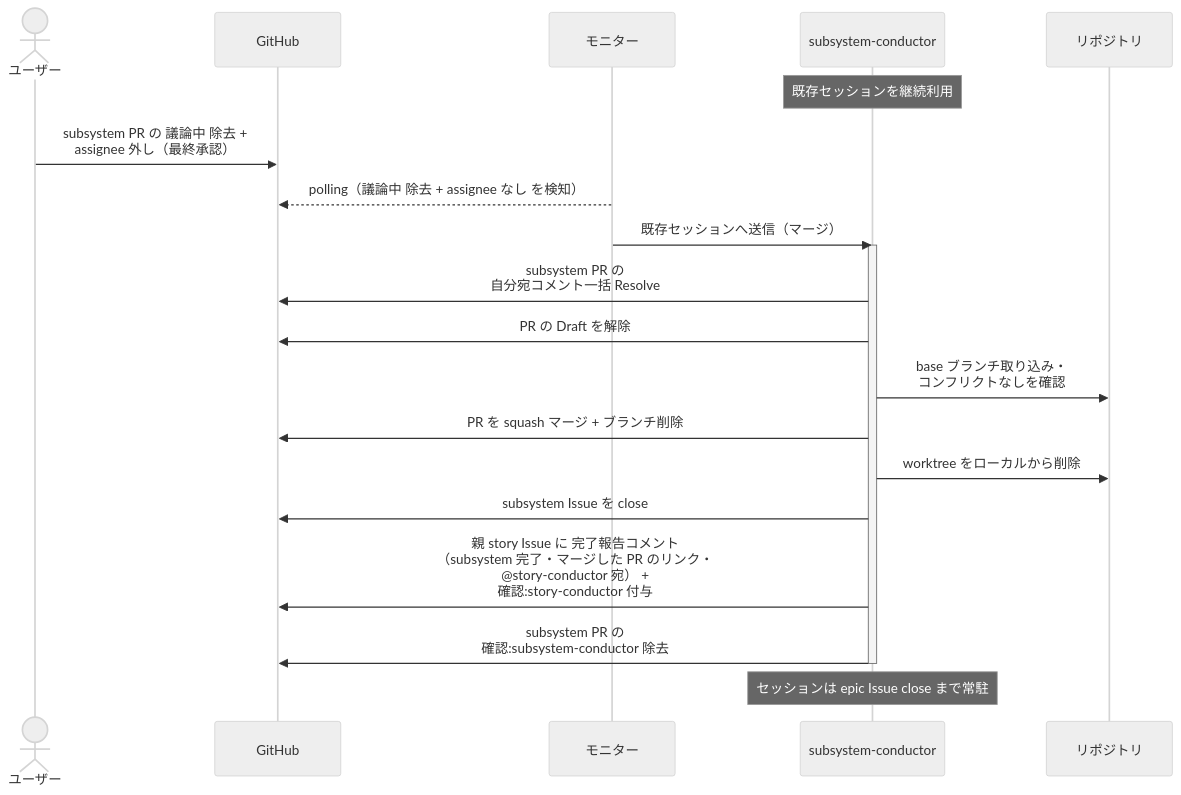
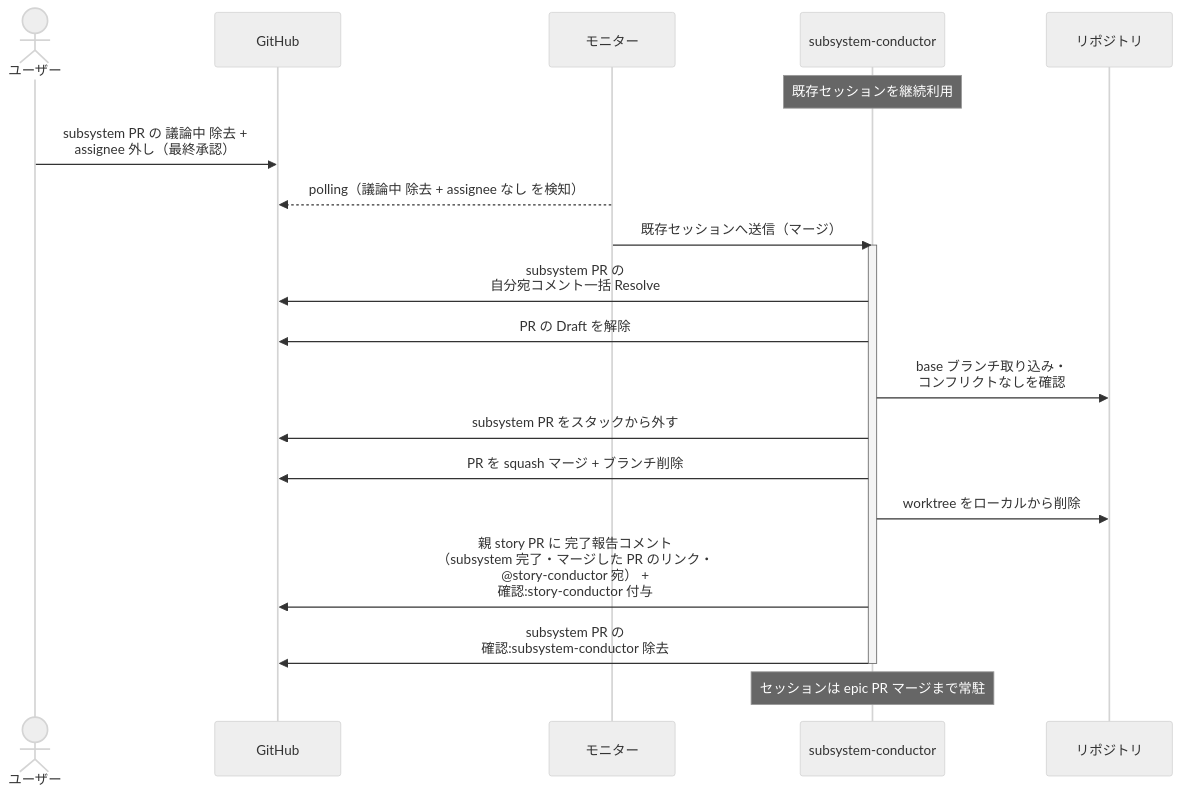
One commit to shuhei1101/ai-monitor changed the second of 7 diagrams in docs/wiki/設計図/シナリオ/単一ユースケース/マージ.md. Above: the diagram before and after it, drawn with Mermaid (neutral theme). The commit also changed other lines of this file and 256 other files, not shown here.

````diff
--- a/docs/wiki/設計図/シナリオ/単一ユースケース/マージ.md
+++ b/docs/wiki/設計図/シナリオ/単一ユースケース/マージ.md
@@ -26,24 +72,24 @@
 ```mermaid
 sequenceDiagram
   actor U as ユーザー
   participant GH as GitHub
   participant ORC as モニター
   participant MON as subsystem-conductor
   participant REPO as リポジトリ
 
   Note over MON: 既存セッションを継続利用
   U->>GH: subsystem PR の 議論中 除去 +<br>assignee 外し（最終承認）
   ORC-->>GH: polling（議論中 除去 + assignee なし を検知）
   ORC->>MON: 既存セッションへ送信（マージ）
   activate MON
   MON->>GH: subsystem PR の<br>自分宛コメント一括 Resolve
   MON->>GH: PR の Draft を解除
   MON->>REPO: base ブランチ取り込み・<br>コンフリクトなしを確認
+  MON->>GH: subsystem PR をスタックから外す
   MON->>GH: PR を squash マージ + ブランチ削除
   MON->>REPO: worktree をローカルから削除
-  MON->>GH: subsystem Issue を close
-  MON->>GH: 親 story Issue に 完了報告コメント<br>（subsystem 完了・マージした PR のリンク・<br>@story-conductor 宛） +<br>確認:story-conductor 付与
+  MON->>GH: 親 story PR に 完了報告コメント<br>（subsystem 完了・マージした PR のリンク・<br>@story-conductor 宛） +<br>確認:story-conductor 付与
   MON->>GH: subsystem PR の<br>確認:subsystem-conductor 除去
   deactivate MON
-  Note over MON: セッションは epic Issue close まで常駐
+  Note over MON: セッションは epic PR マージまで常駐
 ```
````
